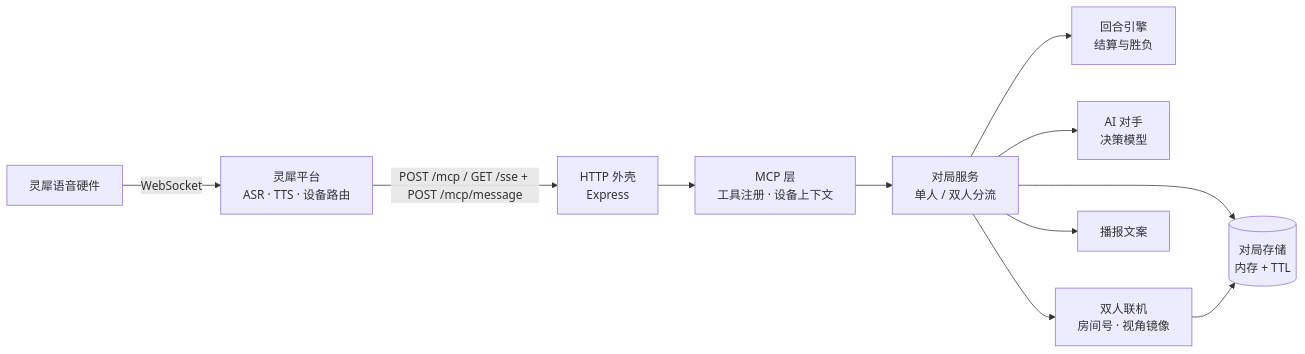
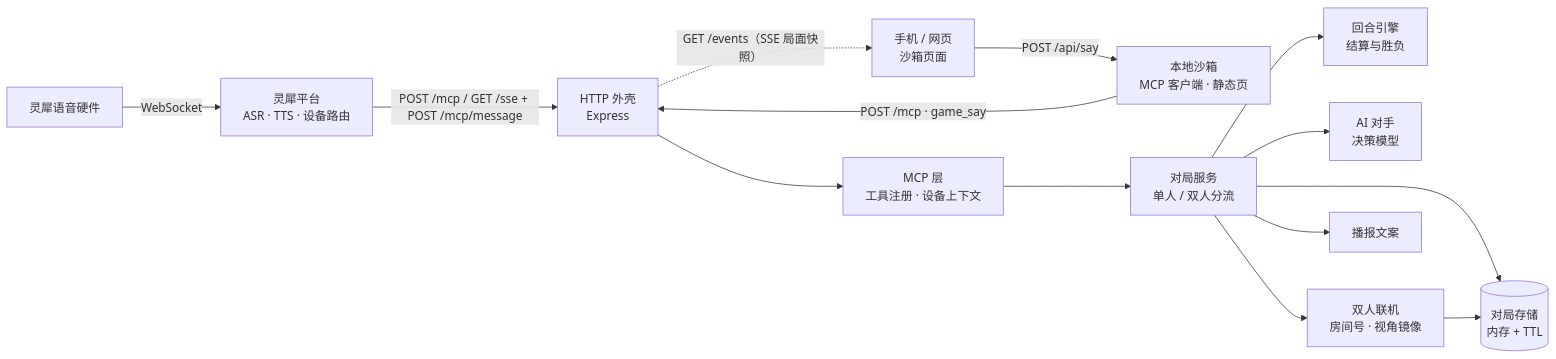
Before and after one commit to sorcerer-ma/linx-fighter: the diagram in README.md, drawn with Mermaid. The commit also changed other lines of this file and 1 other file, not shown here.

````diff
--- a/README.md
+++ b/README.md
@@ -135,13 +148,16 @@
 ```mermaid
 flowchart LR
   Device[灵犀语音硬件] -- WebSocket --> Platform[灵犀平台<br/>ASR · TTS · 设备路由]
+  Browser[手机 / 网页<br/>沙箱页面] -- "POST /api/say" --> Sandbox[本地沙箱<br/>MCP 客户端 · 静态页]
   Platform -- "POST /mcp / GET /sse + POST /mcp/message" --> Http[HTTP 外壳<br/>Express]
+  Sandbox -- "POST /mcp · game_say" --> Http
+  Http -. "GET /events（SSE 局面快照）" .-> Browser
   Http --> Mcp[MCP 层<br/>工具注册 · 设备上下文]
   Mcp --> Game[对局服务<br/>单人 / 双人分流]
   Game --> Engine[回合引擎<br/>结算与胜负]
   Game --> Enemy[AI 对手<br/>决策模型]
   Game --> Pvp[双人联机<br/>房间号 · 视角镜像]
   Game --> Narrator[播报文案]
   Game --> Store[(对局存储<br/>内存 + TTL)]
   Pvp --> Store
 ```
````
